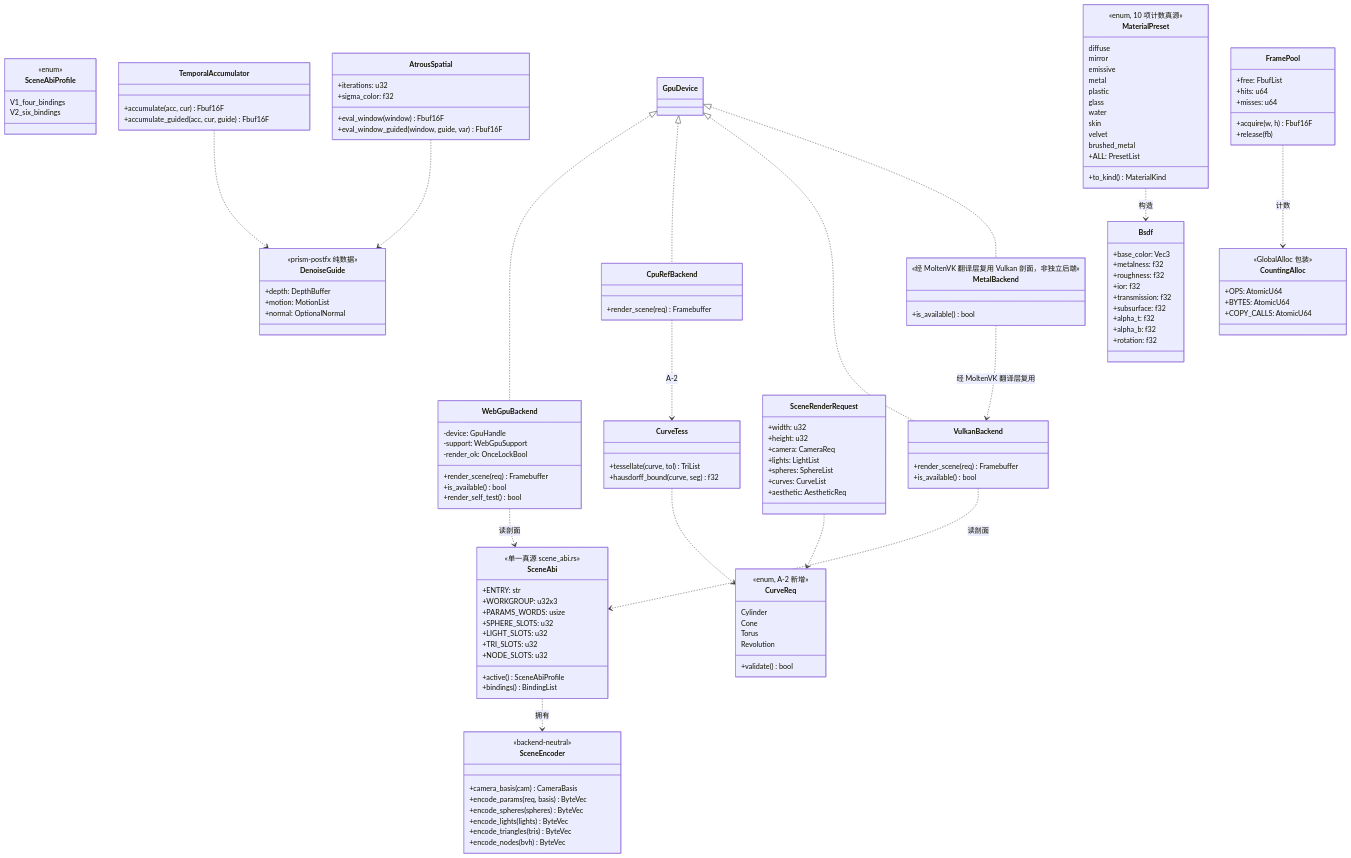
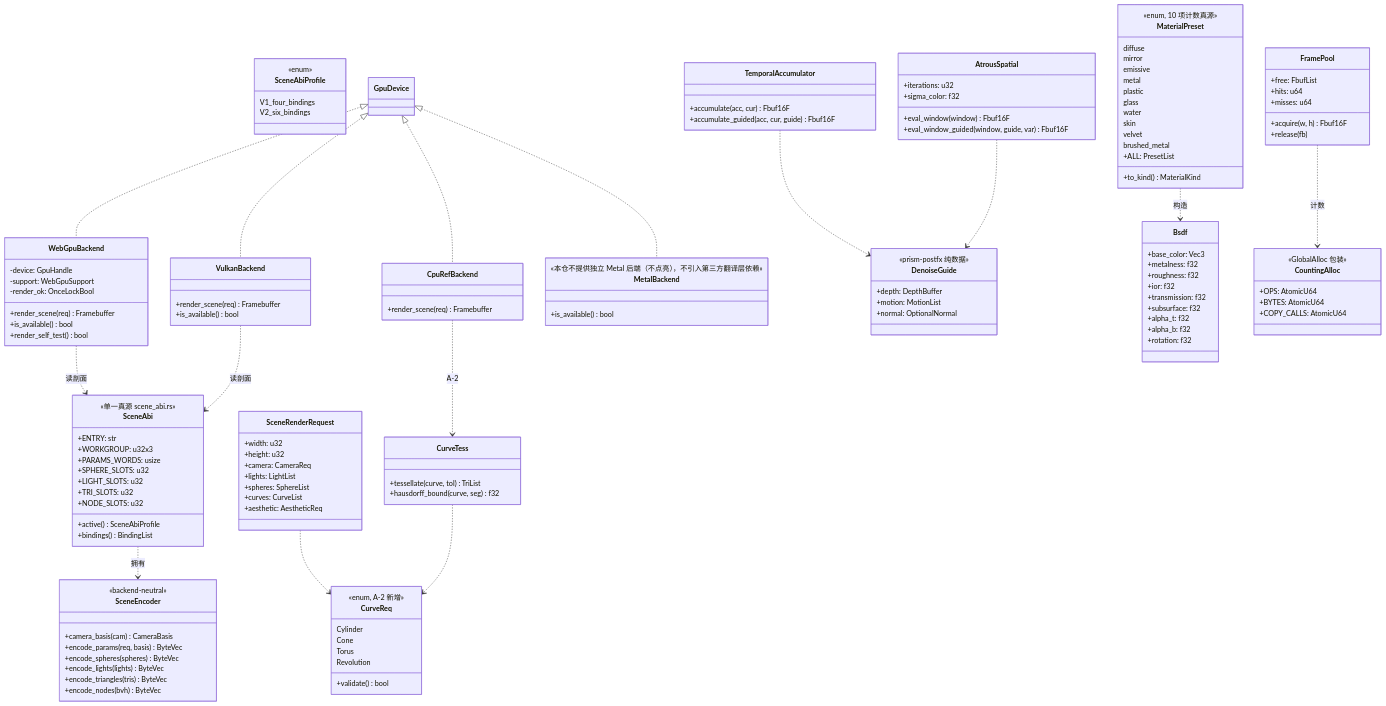
One commit to Qianjinqie/prism-engine changed the first of 4 diagrams in docs/v2.2-增量设计.md. Above: the diagram before and after it, drawn with Mermaid. The commit also changed other lines of this file and 29 other files, not shown here.

```diff
--- a/docs/v2.2-增量设计.md
+++ b/docs/v2.2-增量设计.md
@@ -411,7 +413,7 @@
     }
     class MetalBackend {
         +is_available() bool
-        <<经 MoltenVK 翻译层复用 Vulkan 剖面，非独立后端>>
+        <<本仓不提供独立 Metal 后端（不点亮），不引入第三方翻译层依赖>>
     }
     class SceneRenderRequest {
         +width: u32
@@ -496,7 +498,6 @@
     GpuDevice <|.. MetalBackend
     WebGpuBackend ..> SceneAbi : 读剖面
     VulkanBackend ..> SceneAbi : 读剖面
-    MetalBackend ..> VulkanBackend : 经 MoltenVK 翻译层复用
     SceneAbi ..> SceneEncoder : 拥有
     CpuRefBackend ..> CurveTess : A-2
     SceneRenderRequest ..> CurveReq
```
